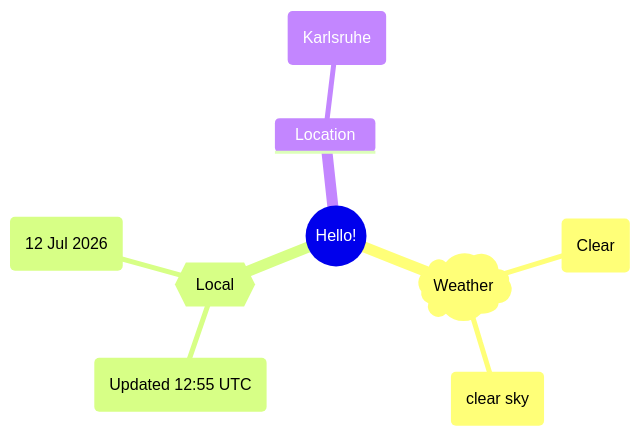
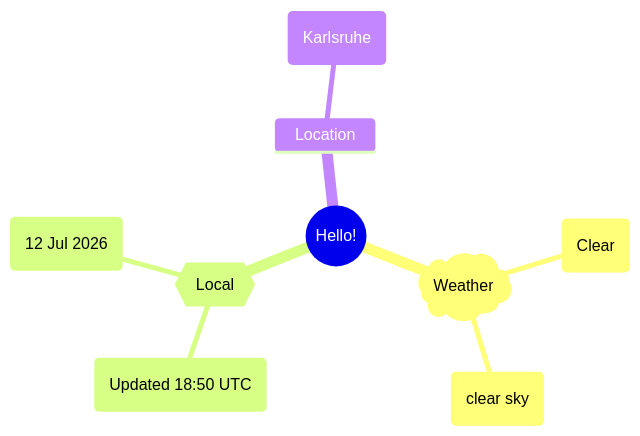
The first of 2 diagrams in README.md (Xosrov/Xosrov), drawn with Mermaid before and after one commit.

Commit message:
[bot] updated images

````diff
--- a/README.md
+++ b/README.md
@@ -3,12 +3,12 @@
 ```mermaid
 mindmap
   root((Hello!))
     )Weather(
         (Clear)
         (clear sky)
     {{Local}}
-        (Updated 12:55 UTC)
+        (Updated 18:50 UTC)
         (12 Jul 2026)
     Location
         (Karlsruhe)
 ```
````
